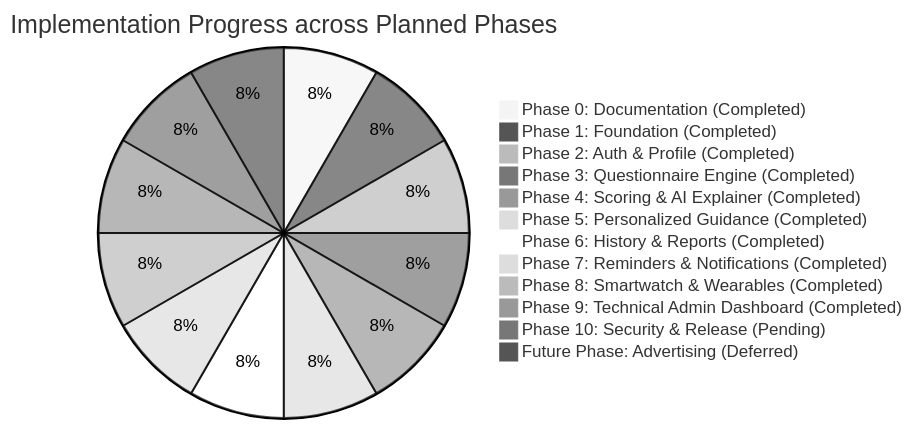
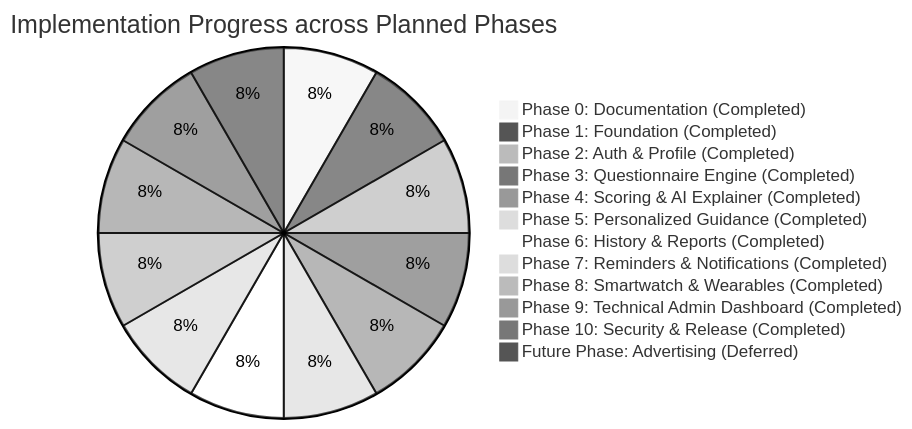
One commit to SatyamKumar-code/VitaTrack-App changed the diagram in docs/AI_PROGRESS.md. Above: the diagram before and after it, drawn with Mermaid (neutral theme). The commit also changed other lines of this file and 25 other files, not shown here.

````diff
--- a/docs/AI_PROGRESS.md
+++ b/docs/AI_PROGRESS.md
@@ -24,15 +24,15 @@
 ```mermaid
 pie title Implementation Progress across Planned Phases
     "Phase 0: Documentation (Completed)" : 1
     "Phase 1: Foundation (Completed)" : 1
     "Phase 2: Auth & Profile (Completed)" : 1
     "Phase 3: Questionnaire Engine (Completed)" : 1
     "Phase 4: Scoring & AI Explainer (Completed)" : 1
     "Phase 5: Personalized Guidance (Completed)" : 1
     "Phase 6: History & Reports (Completed)" : 1
     "Phase 7: Reminders & Notifications (Completed)" : 1
     "Phase 8: Smartwatch & Wearables (Completed)" : 1
     "Phase 9: Technical Admin Dashboard (Completed)" : 1
-    "Phase 10: Security & Release (Pending)" : 1
+    "Phase 10: Security & Release (Completed)" : 1
     "Future Phase: Advertising (Deferred)" : 1
 ```
````
